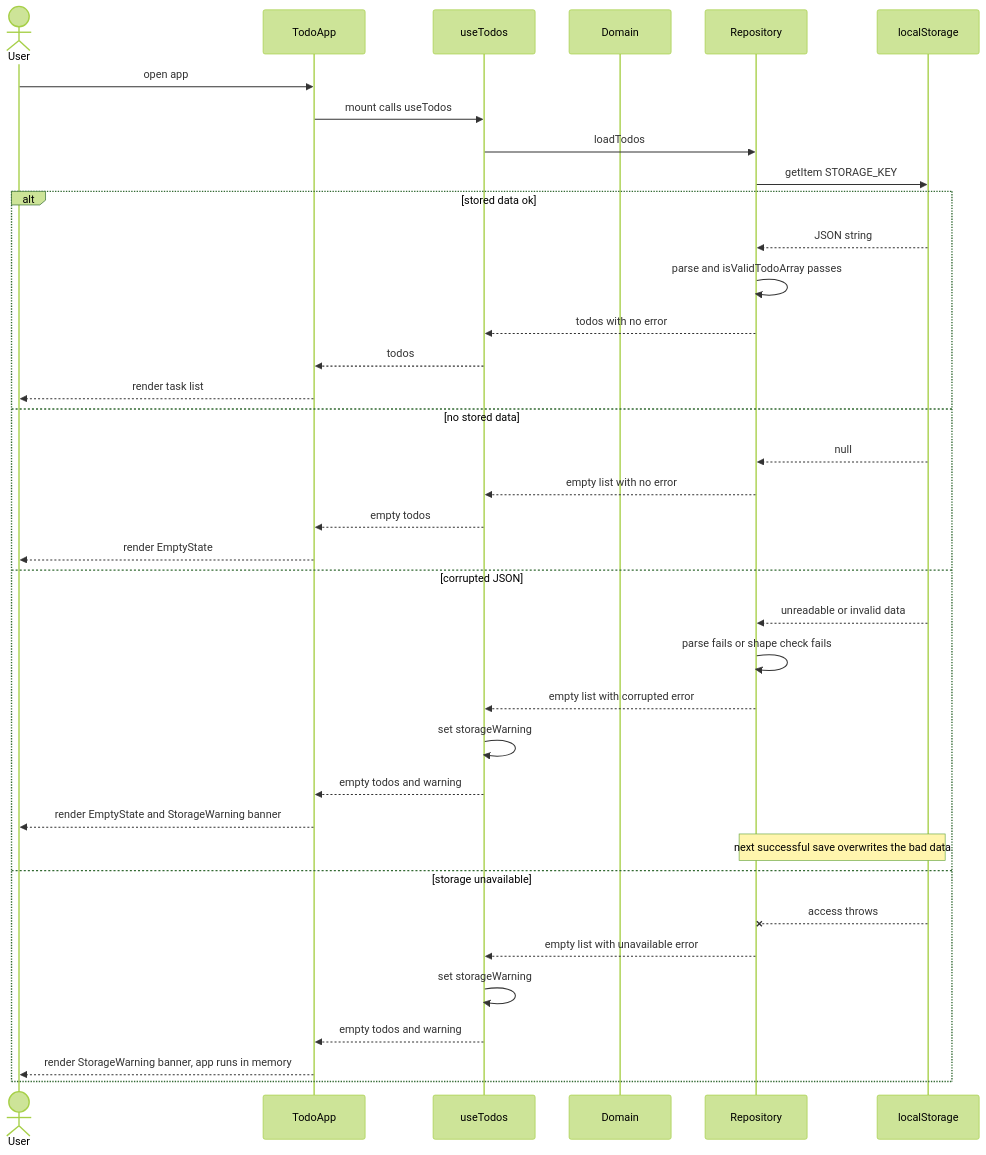
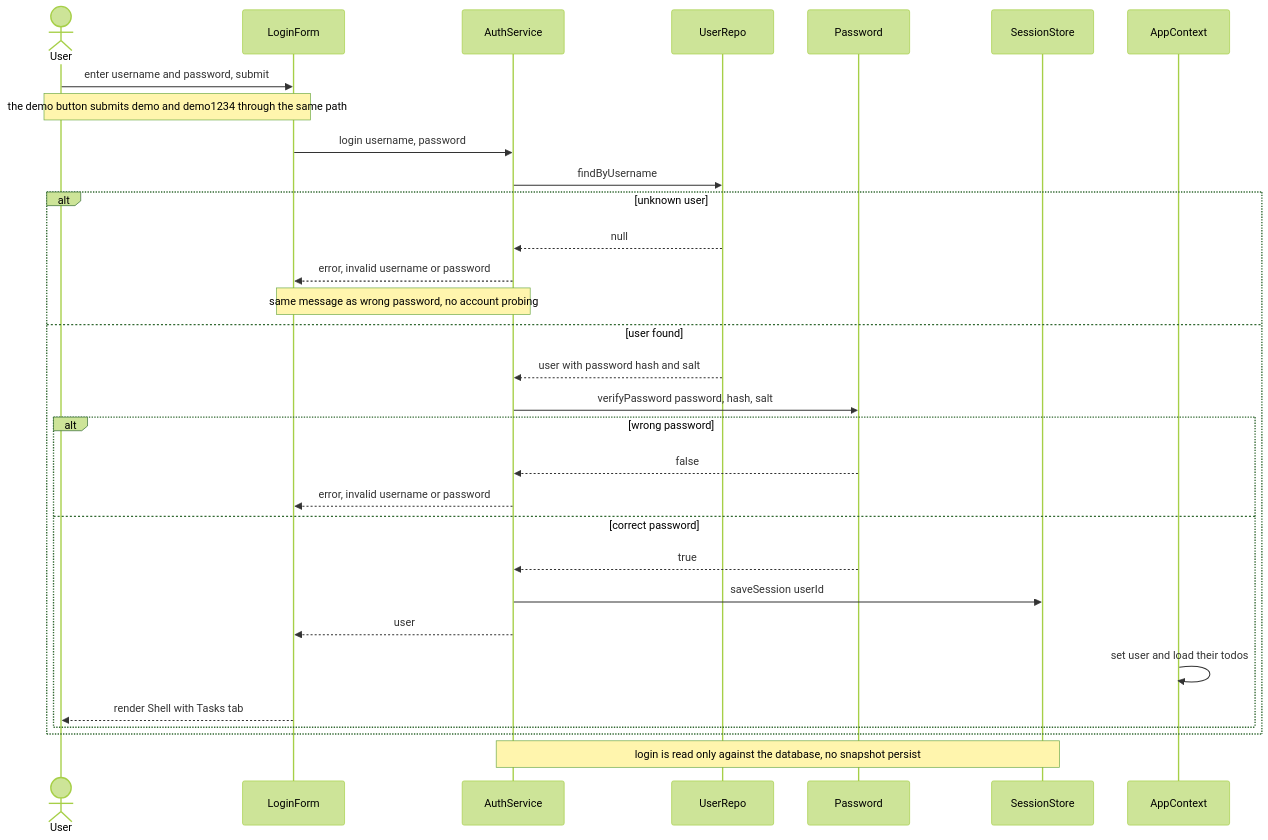
Before and after one commit to Kopi-O-Kosong-Beng/ShopBack_AI-Assisted-App: the eighth of 11 diagrams in specs/05-sequence-diagrams.md, drawn with Mermaid (forest theme). The commit also changed other lines of this file and 6 other files, not shown here.

````diff
--- a/specs/05-sequence-diagrams.md
+++ b/specs/05-sequence-diagrams.md
@@ -174,40 +298,34 @@
 ```mermaid
 sequenceDiagram
     actor User
-    participant App as TodoApp
-    participant Hook as useTodos
-    participant Domain
-    participant Repo as Repository
-    participant LS as localStorage
+    participant Form as LoginForm
+    participant Auth as AuthService
+    participant UserRepo
+    participant Pwd as Password
+    participant Sess as SessionStore
+    participant Ctx as AppContext
 
-    User->>App: open app
-    App->>Hook: mount calls useTodos
-    Hook->>Repo: loadTodos
-    Repo->>LS: getItem STORAGE_KEY
-    alt stored data ok
-        LS-->>Repo: JSON string
-        Repo->>Repo: parse and isValidTodoArray passes
-        Repo-->>Hook: todos with no error
-        Hook-->>App: todos
-        App-->>User: render task list
-    else no stored data
-        LS-->>Repo: null
-        Repo-->>Hook: empty list with no error
-        Hook-->>App: empty todos
-        App-->>User: render EmptyState
-    else corrupted JSON
-        LS-->>Repo: unreadable or invalid data
-        Repo->>Repo: parse fails or shape check fails
-        Repo-->>Hook: empty list with corrupted error
-        Hook->>Hook: set storageWarning
-        Hook-->>App: empty todos and warning
-        App-->>User: render EmptyState and StorageWarning banner
-        Note over Repo,LS: next successful save overwrites the bad data
-    else storage unavailable
-        LS--xRepo: access throws
-        Repo-->>Hook: empty list with unavailable error
-        Hook->>Hook: set storageWarning
-        Hook-->>App: empty todos and warning
-        App-->>User: render StorageWarning banner, app runs in memory
+    User->>Form: enter username and password, submit
+    Note over User,Form: the demo button submits demo and demo1234 through the same path
+    Form->>Auth: login username, password
+    Auth->>UserRepo: findByUsername
+    alt unknown user
+        UserRepo-->>Auth: null
+        Auth-->>Form: error, invalid username or password
+        Note over Auth,Form: same message as wrong password, no account probing
+    else user found
+        UserRepo-->>Auth: user with password hash and salt
+        Auth->>Pwd: verifyPassword password, hash, salt
+        alt wrong password
+            Pwd-->>Auth: false
+            Auth-->>Form: error, invalid username or password
+        else correct password
+            Pwd-->>Auth: true
+            Auth->>Sess: saveSession userId
+            Auth-->>Form: user
+            Ctx->>Ctx: set user and load their todos
+            Form-->>User: render Shell with Tasks tab
+        end
     end
+    Note over Auth,Sess: login is read only against the database, no snapshot persist
 ```
````
